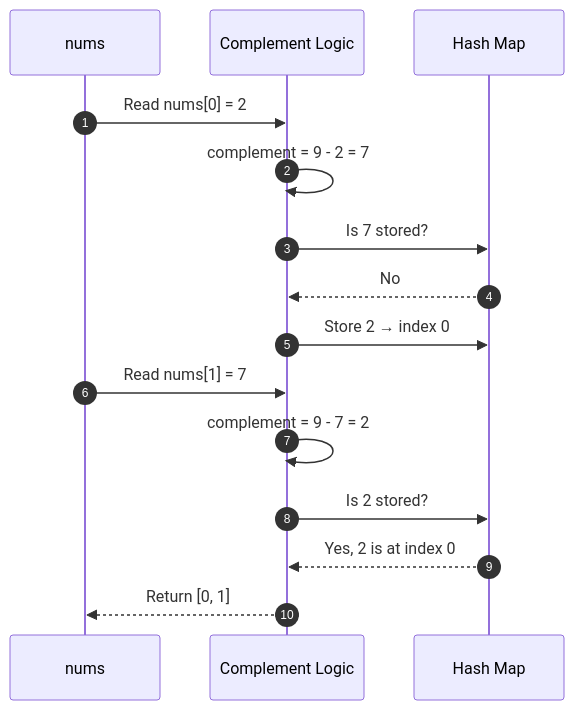
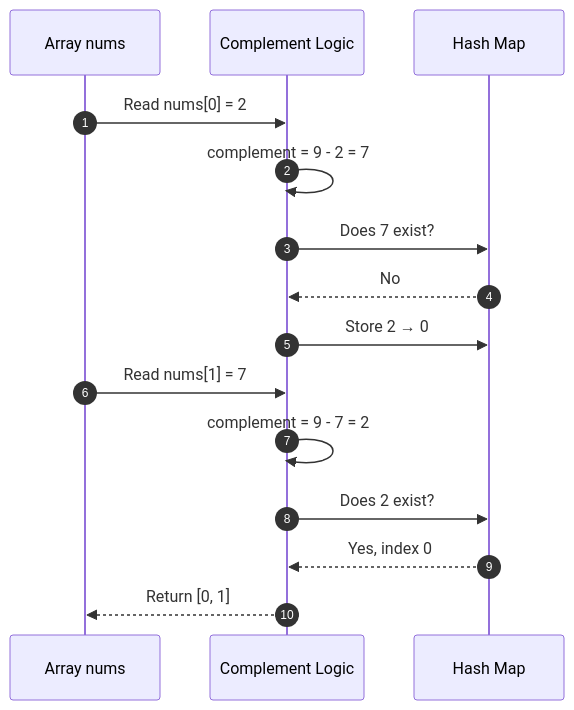
One commit to M-F-Tushar/LeetCode-Problem-Solving changed the seventh of 9 diagrams in 01 - Two Sum/README.md. Above: the diagram before and after it, drawn with Mermaid. The commit also changed other lines of this file, not shown here.

````diff
--- a/01 - Two Sum/README.md
+++ b/01 - Two Sum/README.md
@@ -370,19 +398,19 @@
 ```mermaid
 sequenceDiagram
     autonumber
-    participant Array as nums
+    participant Array as Array nums
     participant Logic as Complement Logic
     participant Map as Hash Map
 
     Array->>Logic: Read nums[0] = 2
     Logic->>Logic: complement = 9 - 2 = 7
-    Logic->>Map: Is 7 stored?
+    Logic->>Map: Does 7 exist?
     Map-->>Logic: No
-    Logic->>Map: Store 2 → index 0
+    Logic->>Map: Store 2 → 0
 
     Array->>Logic: Read nums[1] = 7
     Logic->>Logic: complement = 9 - 7 = 2
-    Logic->>Map: Is 2 stored?
-    Map-->>Logic: Yes, 2 is at index 0
+    Logic->>Map: Does 2 exist?
+    Map-->>Logic: Yes, index 0
     Logic-->>Array: Return [0, 1]
 ```
````
